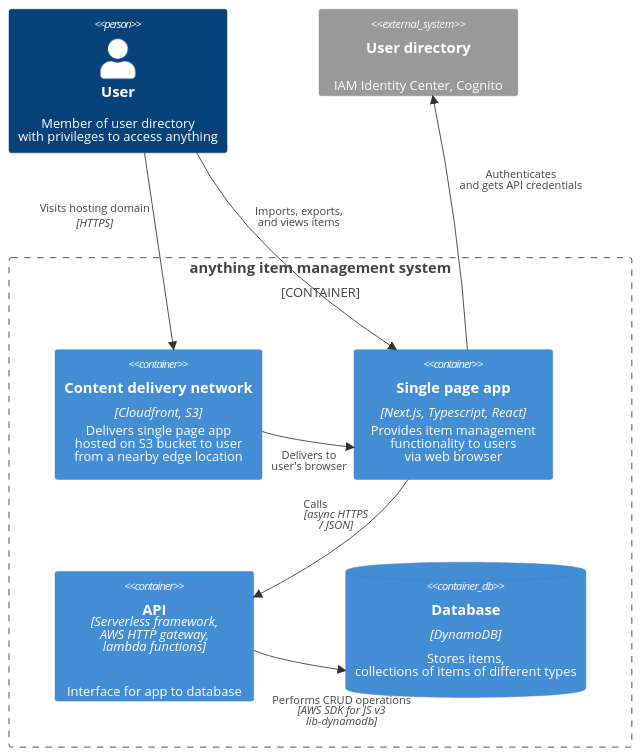
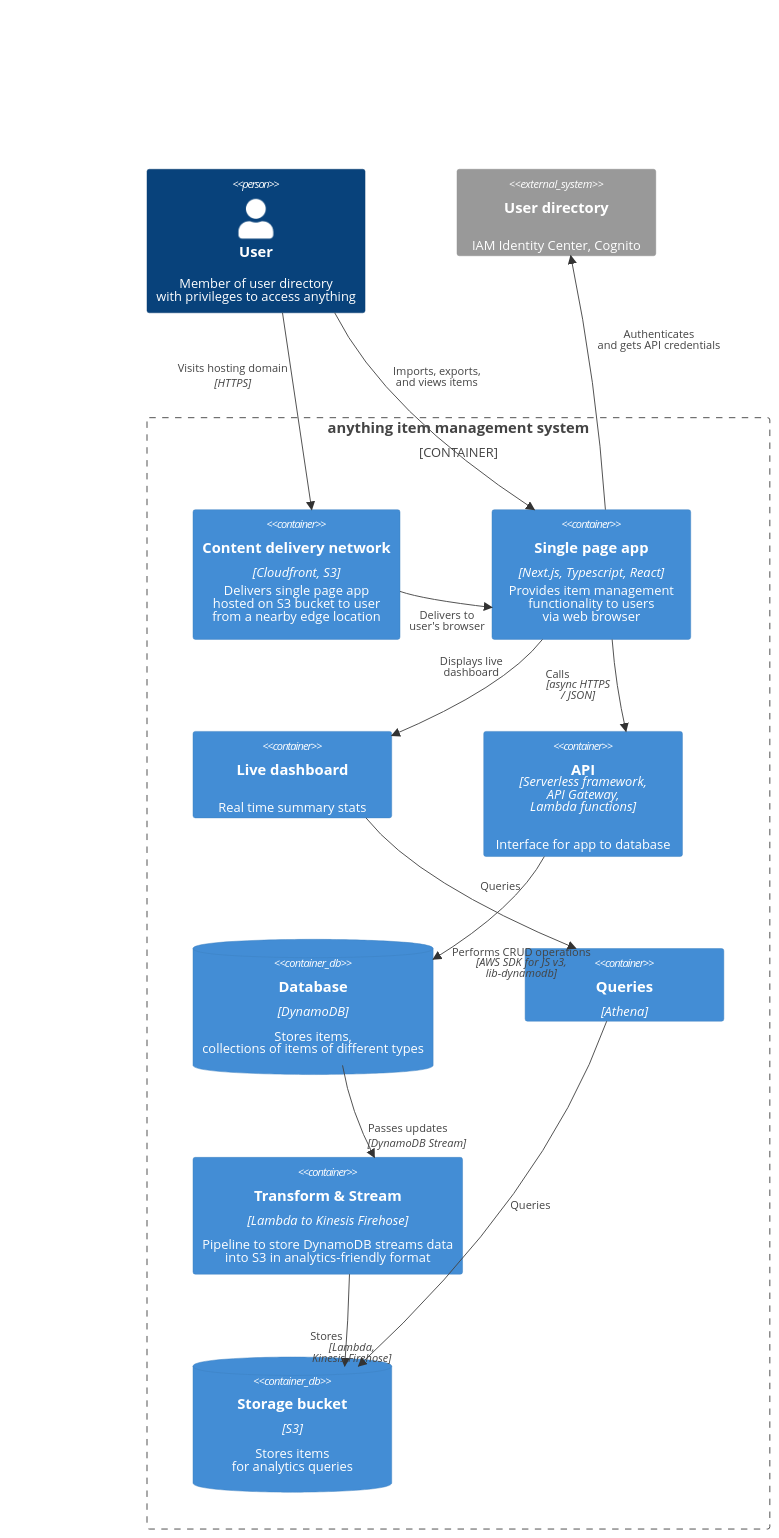
One commit to ae9is/anything changed the second of 2 diagrams in README.md. Above: the diagram before and after it, drawn with Mermaid. The commit also changed other lines of this file and 19 other files, not shown here.

First line of the commit message:
Lambda streams (#26)

````diff
--- a/README.md
+++ b/README.md
@@ -53,25 +54,39 @@
 ```mermaid
 C4Container
   %% title Containers
   Person(user, User, "Member of user directory<br>with privileges to access anything")
   System_Ext(userdir, "User directory", "IAM Identity Center, Cognito")
   Container_Boundary(anything, "anything item management system") {
     Container(cdn, "Content delivery network", "Cloudfront, S3", "Delivers single page app<br>hosted on S3 bucket to user<br>from a nearby edge location")
     Container(spa, "Single page app", "Next.js, Typescript, React", "Provides item management<br>functionality to users<br>via web browser")
-    Container(api, "API", "Serverless framework,<br>AWS HTTP gateway,<br>lambda functions", "Interface for app to database")
+    Container(dash, "Live dashboard", "", "Real time summary stats")
+    Container(api, "API", "Serverless framework,<br>API Gateway,<br>Lambda functions", "Interface for app to database<br>")
     ContainerDb(database, "Database", "DynamoDB", "Stores items,<br>collections of items of different types")
+    Container(athena, "Queries", "Athena", "")
+    Container(stream, "Transform & Stream", "Lambda to Kinesis Firehose", "Pipeline to store DynamoDB streams data<br>into S3 in analytics-friendly format")
+    ContainerDb(s3, "Storage bucket", "S3", "Stores items<br>for analytics queries")
   }
   Rel(user, cdn, "Visits hosting domain", "HTTPS")
   UpdateRelStyle(user, cdn, $offsetY="-50", $offsetX="-130")
   Rel(cdn, spa, "Delivers to<br>user's browser")
   UpdateRelStyle(cdn, spa, $offsetY="20", $offsetX="-40")
   Rel(user, spa, "Imports, exports,<br>and views items")
   UpdateRelStyle(user, spa, $offsetY="-40", $offsetX="-45")
+  Rel(spa, dash, "Displays live<br>dashboard")
   Rel(spa, api, "Calls", "async HTTPS<br>/ JSON")
-  UpdateRelStyle(spa, api, $offsetY="-40" $offsetX="-30")
+  UpdateRelStyle(spa, api, $offsetY="-15" $offsetX="-80")
+  UpdateRelStyle(spa, dash, $offsetY="-25" $offsetX="-30")
   Rel(spa, userdir, "Authenticates<br>and gets API credentials")
   UpdateRelStyle(spa, userdir, $offsetY="-50" $offsetX="10")
-  Rel(api, database, "Performs CRUD operations", "AWS SDK for JS v3<br>lib-dynamodb")
-  UpdateRelStyle(api, database, $offsetY="40", $offsetX="-30")
+  Rel(api, database, "Performs CRUD operations", "AWS SDK for JS v3,<br>lib-dynamodb")
+  UpdateRelStyle(api, database, $offsetY="45", $offsetX="-40")
   UpdateLayoutConfig($c4ShapeInRow="3", $c4BoundaryInRow="1")
+  Rel(database, stream, "Passes updates", "DynamoDB Stream")
+  UpdateRelStyle(database, stream, $offsetY="15" $offsetX="10")
+  Rel(stream, s3, "Stores", "Lambda,<br>Kinesis Firehose")
+  UpdateRelStyle(stream, s3, $offsetY="15" $offsetX="-40")
+  Rel(athena, s3, "Queries", "")
+  UpdateRelStyle(athena, s3, $offsetY="10" $offsetX="30")
+  Rel(dash, athena, "Queries", "")
+  UpdateRelStyle(dash, athena, $offsetY="0" $offsetX="10")
 ```
````
